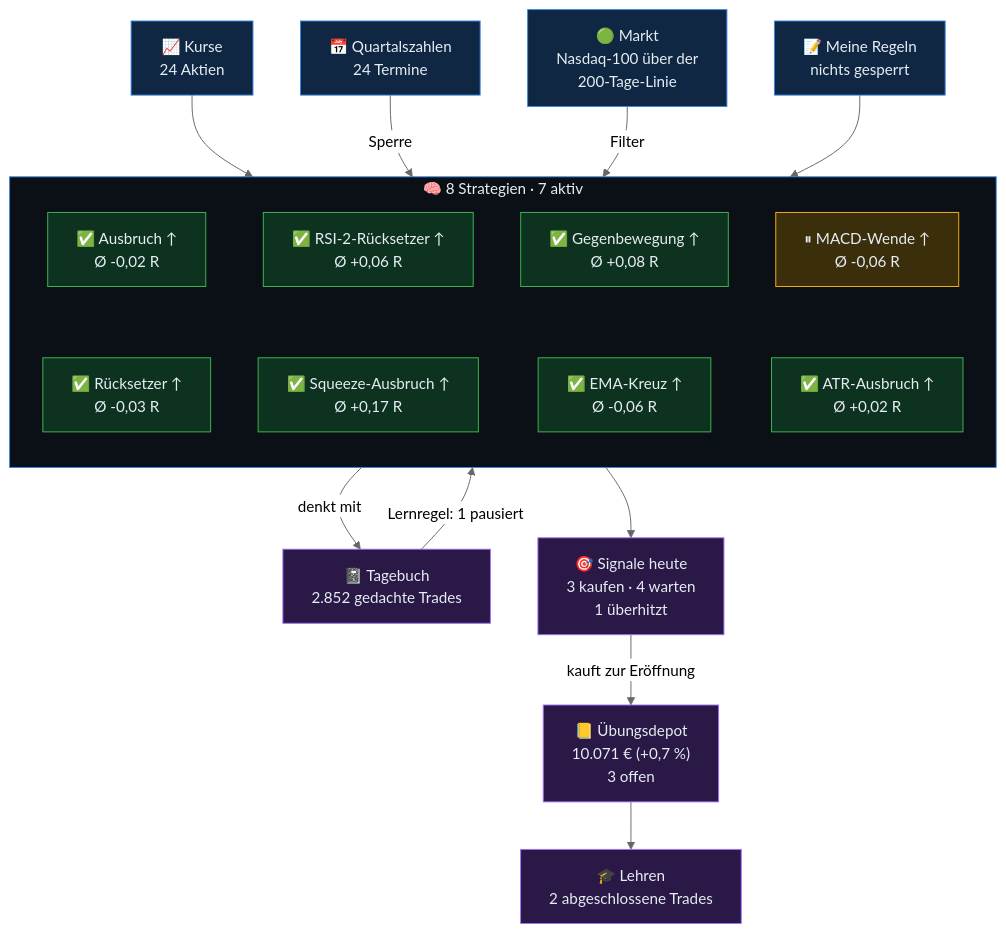
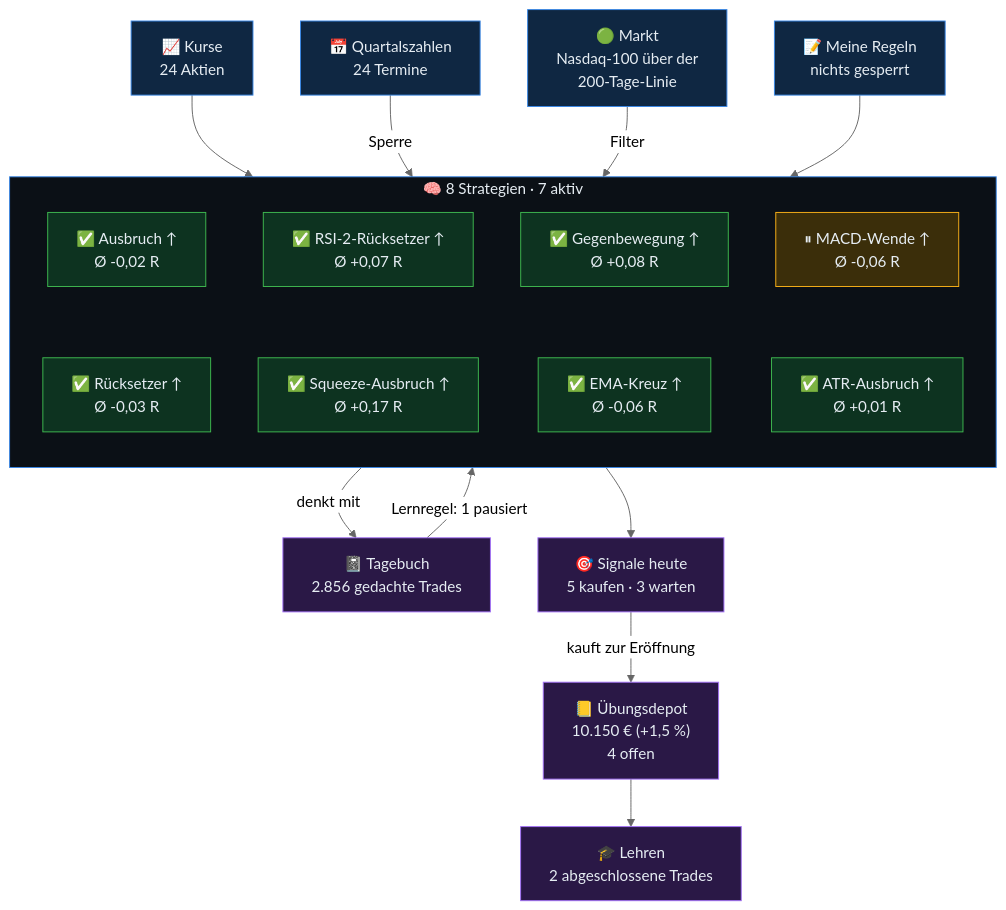
The diagram in gehirn/Start.md (sickingmalte-arch/Test-Bot), drawn with Mermaid (neutral theme) before and after one commit. The commit also changed other lines of this file and 38 other files, not shown here.

````diff
--- a/gehirn/Start.md
+++ b/gehirn/Start.md
@@ -9,47 +9,47 @@
 ```mermaid
 flowchart TB
   kurse["📈 Kurse<br/>24 Aktien"]
   termine["📅 Quartalszahlen<br/>24 Termine"]
   markt["🟢 Markt<br/>Nasdaq-100 über der<br/>200-Tage-Linie"]
   regeln["📝 Meine Regeln<br/>nichts gesperrt"]
   subgraph KERN["🧠 8 Strategien · 7 aktiv"]
     direction TB
     s0["✅ Ausbruch ↑<br/>Ø -0,02 R"]
-    s1["✅ RSI-2-Rücksetzer ↑<br/>Ø +0,06 R"]
+    s1["✅ RSI-2-Rücksetzer ↑<br/>Ø +0,07 R"]
     s2["✅ Gegenbewegung ↑<br/>Ø +0,08 R"]
     s3["⏸ MACD-Wende ↑<br/>Ø -0,06 R"]
     s4["✅ Rücksetzer ↑<br/>Ø -0,03 R"]
     s5["✅ Squeeze-Ausbruch ↑<br/>Ø +0,17 R"]
     s6["✅ EMA-Kreuz ↑<br/>Ø -0,06 R"]
-    s7["✅ ATR-Ausbruch ↑<br/>Ø +0,02 R"]
+    s7["✅ ATR-Ausbruch ↑<br/>Ø +0,01 R"]
     s0 ~~~ s4
     s1 ~~~ s5
     s2 ~~~ s6
     s3 ~~~ s7
   end
-  tb["📓 Tagebuch<br/>2.852 gedachte Trades"]
-  sig["🎯 Signale heute<br/>3 kaufen · 4 warten<br/>1 überhitzt"]
-  depot["📒 Übungsdepot<br/>10.071 € (+0,7 %)<br/>3 offen"]
+  tb["📓 Tagebuch<br/>2.856 gedachte Trades"]
+  sig["🎯 Signale heute<br/>5 kaufen · 3 warten"]
+  depot["📒 Übungsdepot<br/>10.150 € (+1,5 %)<br/>4 offen"]
   lehren["🎓 Lehren<br/>2 abgeschlossene Trades"]
   kurse --> KERN
   termine -->|Sperre| KERN
   markt -->|Filter| KERN
   regeln --> KERN
   KERN -->|denkt mit| tb
   tb -->|Lernregel: 1 pausiert| KERN
   KERN --> sig
   sig -->|kauft zur Eröffnung| depot
   depot --> lehren
   classDef ein fill:#0f2742,stroke:#3987e5,color:#e6edf3
   classDef rot fill:#3d1414,stroke:#f47067,color:#e6edf3
   classDef aktiv fill:#0d3320,stroke:#3fb950,color:#e6edf3
   classDef pausiert fill:#3b2e0a,stroke:#fab219,color:#e6edf3
   classDef aus fill:#22272e,stroke:#6e7681,color:#9ba7b4
   classDef aus2 fill:#2a1846,stroke:#a371f7,color:#e6edf3
   class kurse,termine,regeln ein
   class markt ein
   class tb,sig,depot,lehren aus2
   class s0,s1,s2,s4,s5,s6,s7 aktiv
   class s3 pausiert
   style KERN fill:#0b1016,stroke:#3987e5,color:#e6edf3
 ```
````
